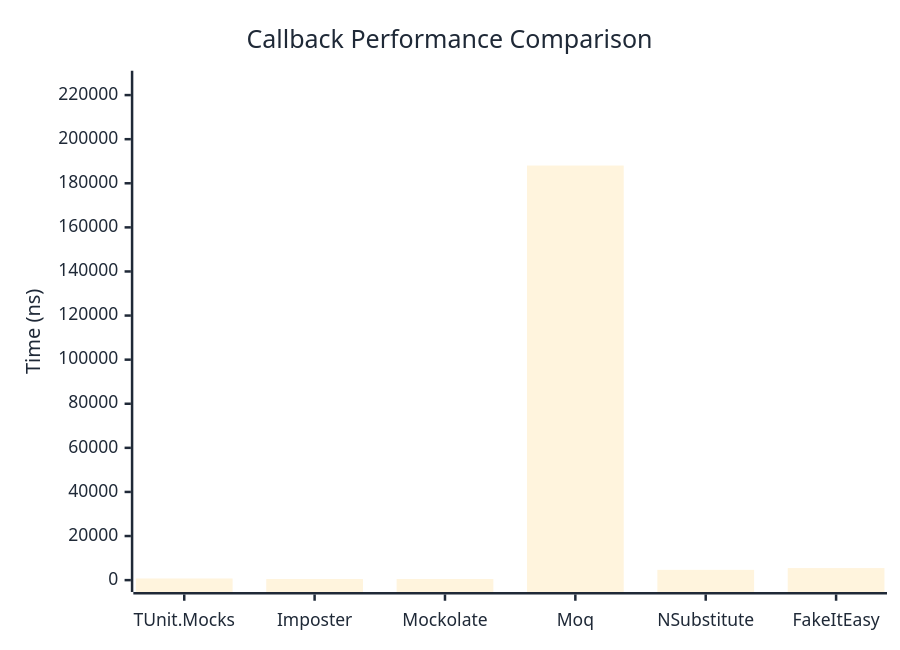
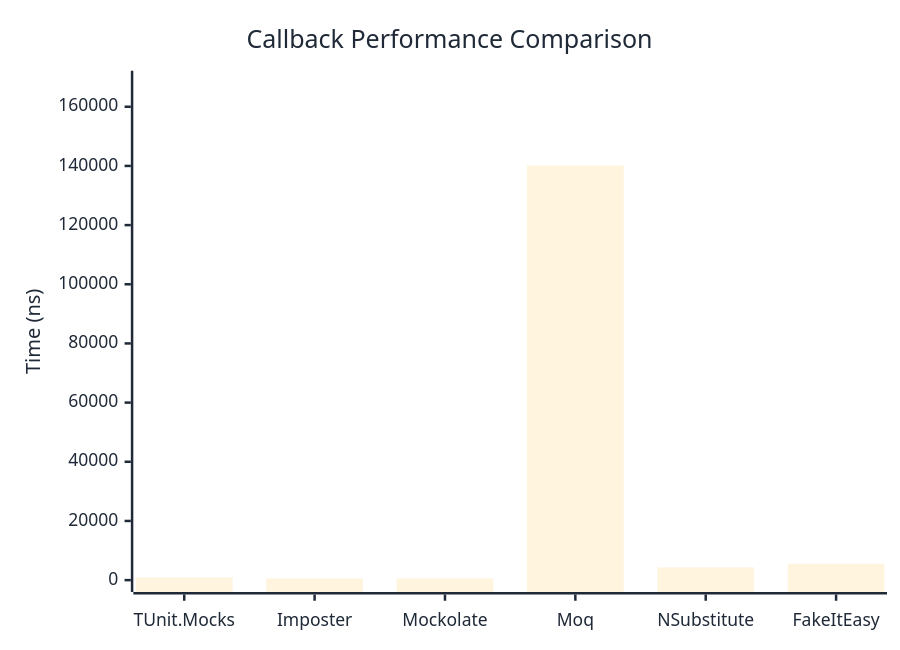
The first of 2 diagrams in docs/docs/benchmarks/mocks/Callback.md (thomhurst/TUnit), drawn with Mermaid before and after one commit. The commit also changed other lines of this file and 14 other files, not shown here.

````diff
--- a/docs/docs/benchmarks/mocks/Callback.md
+++ b/docs/docs/benchmarks/mocks/Callback.md
@@ -28,27 +28,27 @@
 ```mermaid
 %%{init: {
   'theme':'base',
   'themeVariables': {
     'primaryColor': '#2563eb',
     'primaryTextColor': '#1f2937',
     'primaryBorderColor': '#1e40af',
     'lineColor': '#6b7280',
     'secondaryColor': '#7c3aed',
     'tertiaryColor': '#dc2626',
     'background': '#ffffff',
     'pie1': '#2563eb',
     'pie2': '#7c3aed',
     'pie3': '#dc2626',
     'pie4': '#f59e0b',
     'pie5': '#10b981',
     'pie6': '#06b6d4',
     'pie7': '#ec4899',
     'pie8': '#6366f1'
   }
 }}%%
 xychart-beta
   title "Callback Performance Comparison"
   x-axis ["TUnit.Mocks", "Imposter", "Mockolate", "Moq", "NSubstitute", "FakeItEasy"]
-  y-axis "Time (ns)" 0 --> 225654
-  bar [746.7, 500, 517.9, 188044.7, 4661.9, 5463]
+  y-axis "Time (ns)" 0 --> 168157
+  bar [840.6, 560.5, 614.4, 140130.3, 4307, 5535.4]
 ```
````
